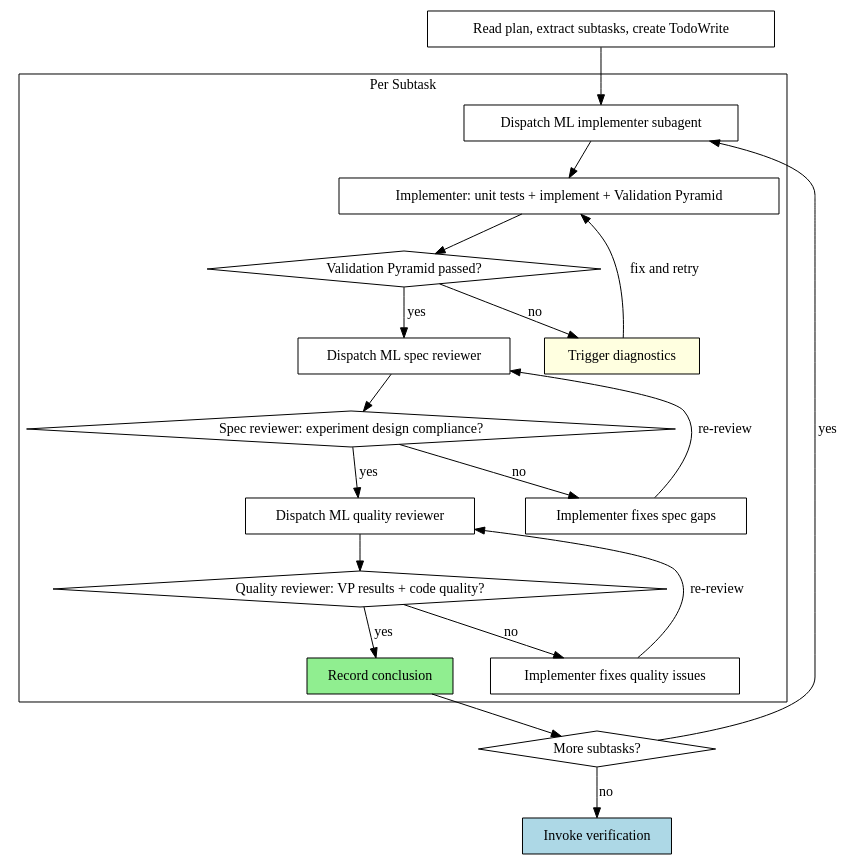
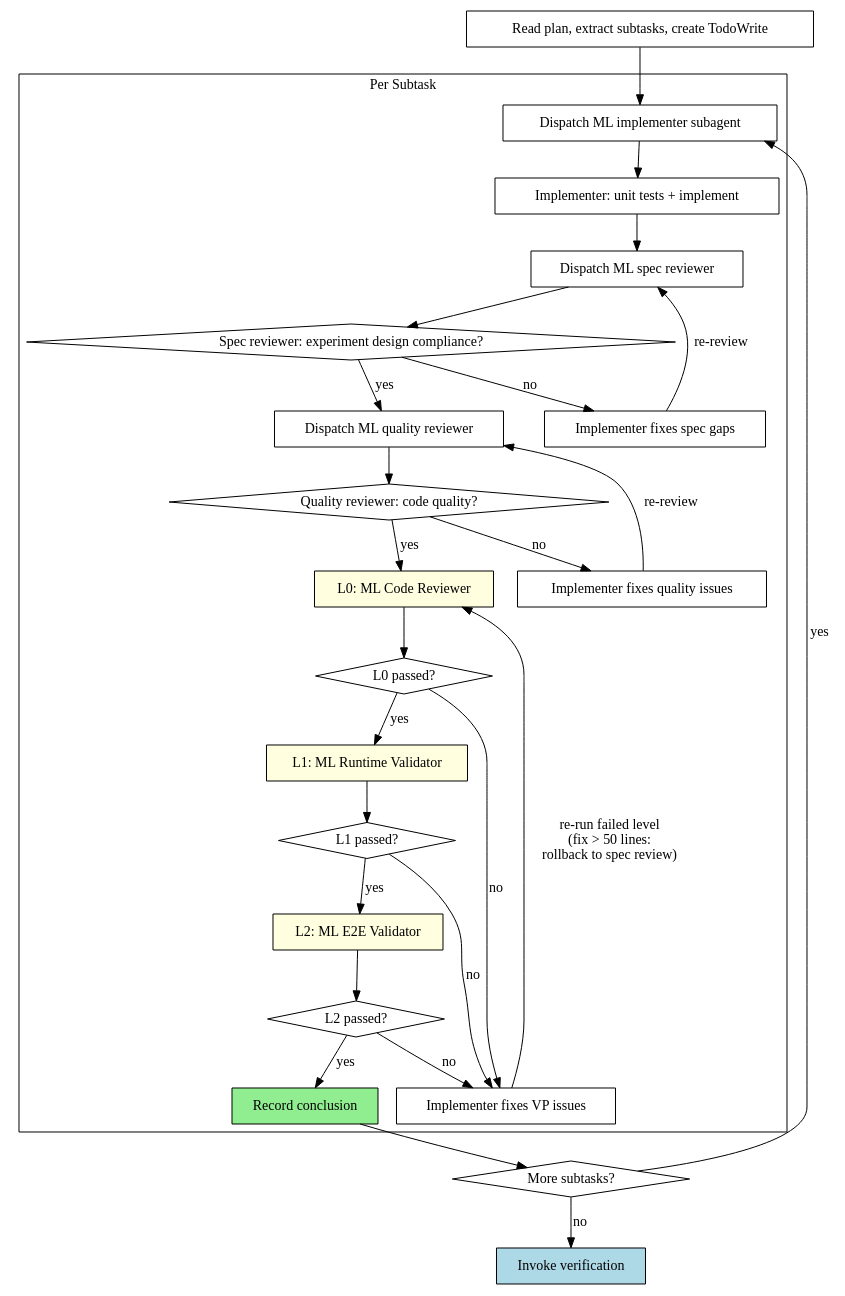
One commit to qqhard/superpowers-ML changed the diagram in skills/subagent-dev/SKILL.md. Above: the diagram before and after it, drawn with Graphviz. The commit also changed other lines of this file and 3 other files, not shown here.

Commit message:
refactor: rewrite validation-pyramid (3-level) and update subagent-dev workflow

````diff
--- a/skills/subagent-dev/SKILL.md
+++ b/skills/subagent-dev/SKILL.md
@@ -26,42 +31,54 @@
 ```dot
 digraph process {
     rankdir=TB;
 
     subgraph cluster_per_subtask {
         label="Per Subtask";
         "Dispatch ML implementer subagent" [shape=box];
-        "Implementer: unit tests + implement + Validation Pyramid" [shape=box];
-        "Validation Pyramid passed?" [shape=diamond];
-        "Trigger diagnostics" [shape=box style=filled fillcolor=lightyellow];
+        "Implementer: unit tests + implement" [shape=box];
         "Dispatch ML spec reviewer" [shape=box];
         "Spec reviewer: experiment design compliance?" [shape=diamond];
         "Implementer fixes spec gaps" [shape=box];
         "Dispatch ML quality reviewer" [shape=box];
-        "Quality reviewer: VP results + code quality?" [shape=diamond];
+        "Quality reviewer: code quality?" [shape=diamond];
         "Implementer fixes quality issues" [shape=box];
+        "L0: ML Code Reviewer" [shape=box style=filled fillcolor=lightyellow];
+        "L0 passed?" [shape=diamond];
+        "L1: ML Runtime Validator" [shape=box style=filled fillcolor=lightyellow];
+        "L1 passed?" [shape=diamond];
+        "L2: ML E2E Validator" [shape=box style=filled fillcolor=lightyellow];
+        "L2 passed?" [shape=diamond];
+        "Implementer fixes VP issues" [shape=box];
         "Record conclusion" [shape=box style=filled fillcolor=lightgreen];
     }
 
     "Read plan, extract subtasks, create TodoWrite" [shape=box];
     "More subtasks?" [shape=diamond];
     "Invoke verification" [shape=box style=filled fillcolor=lightblue];
 
     "Read plan, extract subtasks, create TodoWrite" -> "Dispatch ML implementer subagent";
-    "Dispatch ML implementer subagent" -> "Implementer: unit tests + implement + Validation Pyramid";
-    "Implementer: unit tests + implement + Validation Pyramid" -> "Validation Pyramid passed?";
-    "Validation Pyramid passed?" -> "Dispatch ML spec reviewer" [label="yes"];
-    "Validation Pyramid passed?" -> "Trigger diagnostics" [label="no"];
-    "Trigger diagnostics" -> "Implementer: unit tests + implement + Validation Pyramid" [label="fix and retry"];
+    "Dispatch ML implementer subagent" -> "Implementer: unit tests + implement";
+    "Implementer: unit tests + implement" -> "Dispatch ML spec reviewer";
     "Dispatch ML spec reviewer" -> "Spec reviewer: experiment design compliance?";
     "Spec reviewer: experiment design compliance?" -> "Implementer fixes spec gaps" [label="no"];
     "Implementer fixes spec gaps" -> "Dispatch ML spec reviewer" [label="re-review"];
     "Spec reviewer: experiment design compliance?" -> "Dispatch ML quality reviewer" [label="yes"];
-    "Dispatch ML quality reviewer" -> "Quality reviewer: VP results + code quality?";
-    "Quality reviewer: VP results + code quality?" -> "Implementer fixes quality issues" [label="no"];
+    "Dispatch ML quality reviewer" -> "Quality reviewer: code quality?";
+    "Quality reviewer: code quality?" -> "Implementer fixes quality issues" [label="no"];
     "Implementer fixes quality issues" -> "Dispatch ML quality reviewer" [label="re-review"];
-    "Quality reviewer: VP results + code quality?" -> "Record conclusion" [label="yes"];
+    "Quality reviewer: code quality?" -> "L0: ML Code Reviewer" [label="yes"];
+    "L0: ML Code Reviewer" -> "L0 passed?";
+    "L0 passed?" -> "L1: ML Runtime Validator" [label="yes"];
+    "L0 passed?" -> "Implementer fixes VP issues" [label="no"];
+    "L1: ML Runtime Validator" -> "L1 passed?";
+    "L1 passed?" -> "L2: ML E2E Validator" [label="yes"];
+    "L1 passed?" -> "Implementer fixes VP issues" [label="no"];
+    "L2: ML E2E Validator" -> "L2 passed?";
+    "L2 passed?" -> "Record conclusion" [label="yes"];
+    "L2 passed?" -> "Implementer fixes VP issues" [label="no"];
+    "Implementer fixes VP issues" -> "L0: ML Code Reviewer" [label="re-run failed level\n(fix > 50 lines:\nrollback to spec review)"];
     "Record conclusion" -> "More subtasks?";
     "More subtasks?" -> "Dispatch ML implementer subagent" [label="yes"];
     "More subtasks?" -> "Invoke verification" [label="no"];
 }
 ```
````
